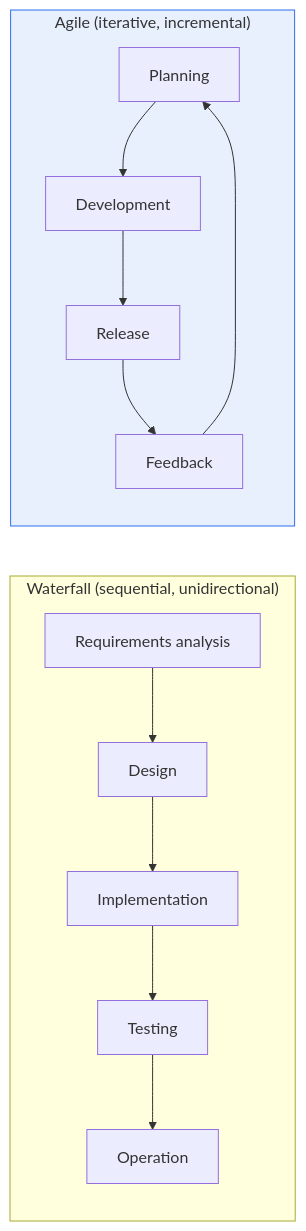
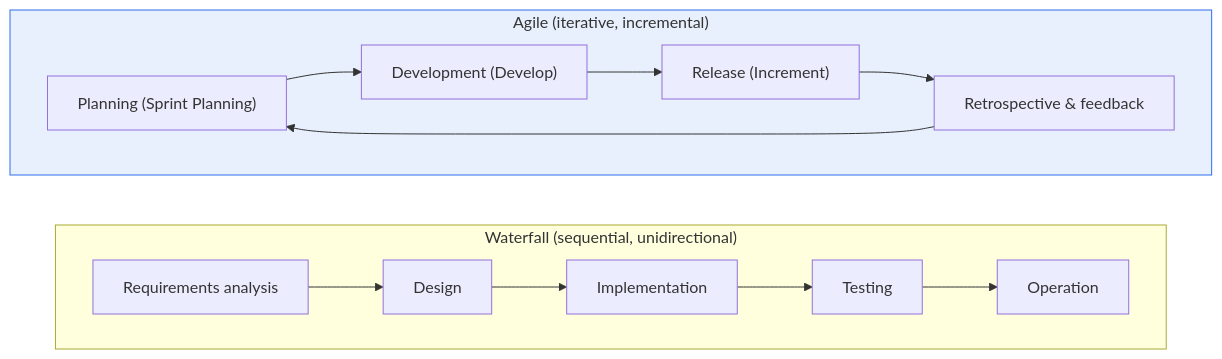
The first of 2 diagrams in content/en/waterfall-vs-agile.md (coninggu/wjdqhrhksflrltnftk), drawn with Mermaid before and after one commit. The commit also changed other lines of this file and 37 other files, not shown here.

````diff
--- a/content/en/waterfall-vs-agile.md
+++ b/content/en/waterfall-vs-agile.md
@@ -15,10 +25,12 @@
 ```mermaid
 flowchart LR
   subgraph W["Waterfall (sequential, unidirectional)"]
-    W1[Requirements analysis] --> W2[Design] --> W3[Implementation] --> W4[Testing] --> W5[Operation]
+    direction LR
+    W1["Requirements analysis"] --> W2["Design"] --> W3["Implementation"] --> W4["Testing"] --> W5["Operation"]
   end
   subgraph A["Agile (iterative, incremental)"]
-    A1[Planning] --> A2[Development] --> A3[Release] --> A4[Feedback] --> A1
+    direction LR
+    A1["Planning (Sprint Planning)"] --> A2["Development (Develop)"] --> A3["Release (Increment)"] --> A4["Retrospective & feedback"] --> A1
   end
   style A fill:#e8f0fe,stroke:#2f6fed
 ```
````
